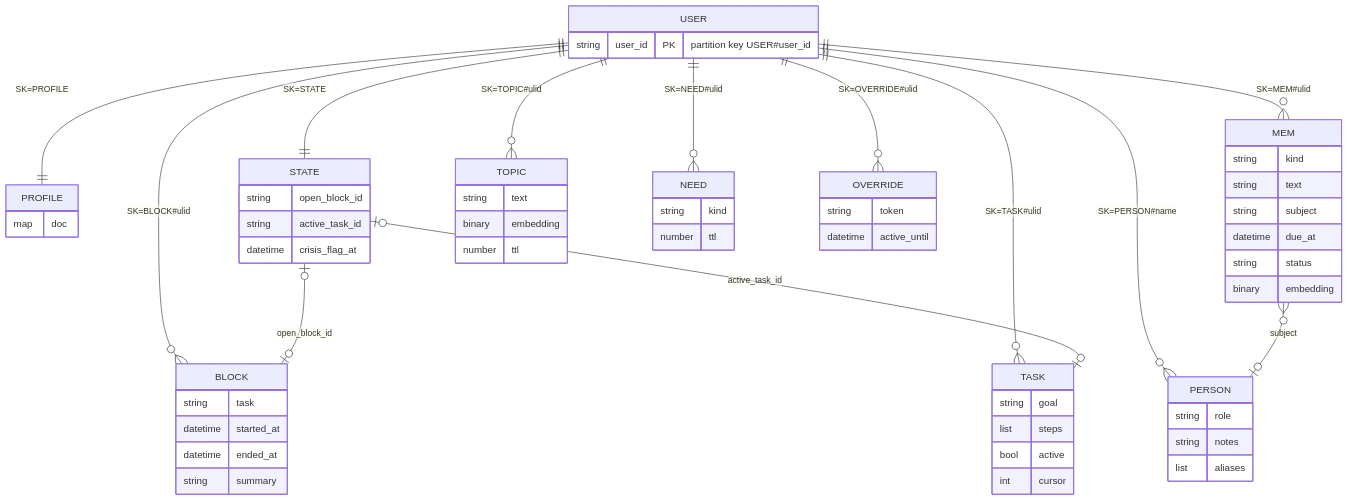
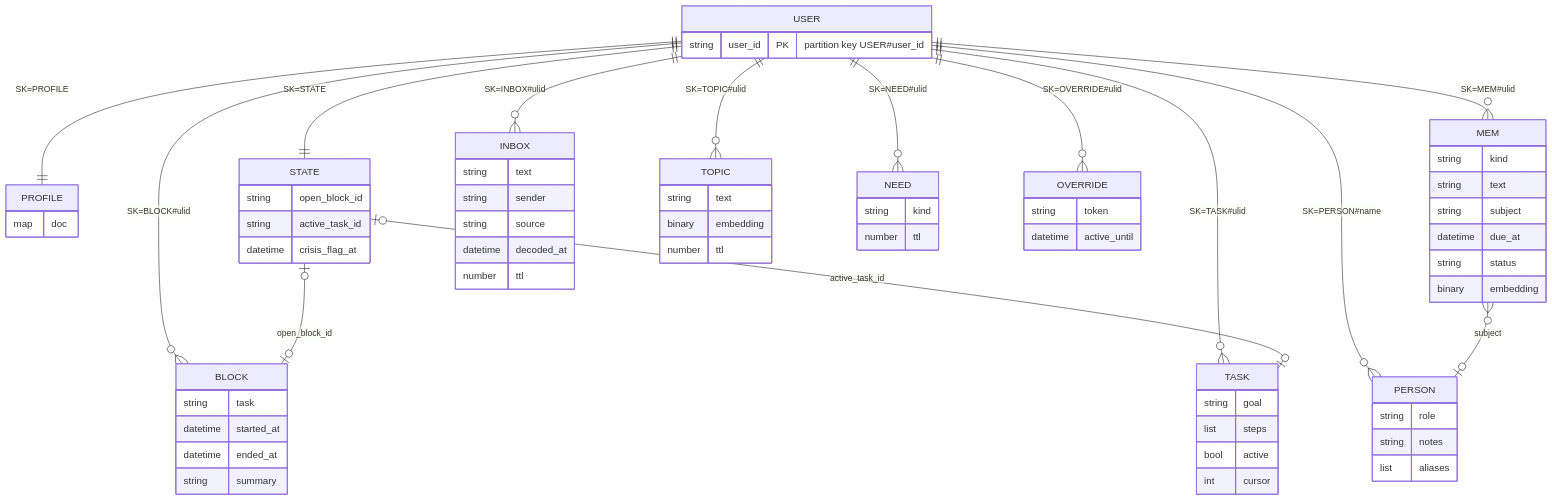
The seventh of 9 diagrams in docs/spec.md (navinrc/NeuroCare), drawn with Mermaid before and after one commit. The commit also changed other lines of this file, not shown here.

````diff
--- a/docs/spec.md
+++ b/docs/spec.md
@@ -442,26 +488,28 @@
 ```mermaid
 erDiagram
     USER ||--|| PROFILE : "SK=PROFILE"
     USER ||--|| STATE : "SK=STATE"
     USER ||--o{ MEM : "SK=MEM#ulid"
     USER ||--o{ PERSON : "SK=PERSON#name"
     USER ||--o{ BLOCK : "SK=BLOCK#ulid"
     USER ||--o{ TASK : "SK=TASK#ulid"
+    USER ||--o{ INBOX : "SK=INBOX#ulid"
     USER ||--o{ TOPIC : "SK=TOPIC#ulid"
     USER ||--o{ NEED : "SK=NEED#ulid"
     USER ||--o{ OVERRIDE : "SK=OVERRIDE#ulid"
     STATE |o--o| BLOCK : open_block_id
     STATE |o--o| TASK : active_task_id
     MEM }o--o| PERSON : subject
 
     USER { string user_id PK "partition key USER#user_id" }
     PROFILE { map doc }
     STATE { string open_block_id string active_task_id datetime crisis_flag_at }
     MEM { string kind string text string subject datetime due_at string status binary embedding }
     PERSON { string role string notes list aliases }
     BLOCK { string task datetime started_at datetime ended_at string summary }
     TASK { string goal list steps bool active int cursor }
+    INBOX { string text string sender string source datetime decoded_at number ttl }
     TOPIC { string text binary embedding number ttl }
     NEED { string kind number ttl }
     OVERRIDE { string token datetime active_until }
 ```
````
